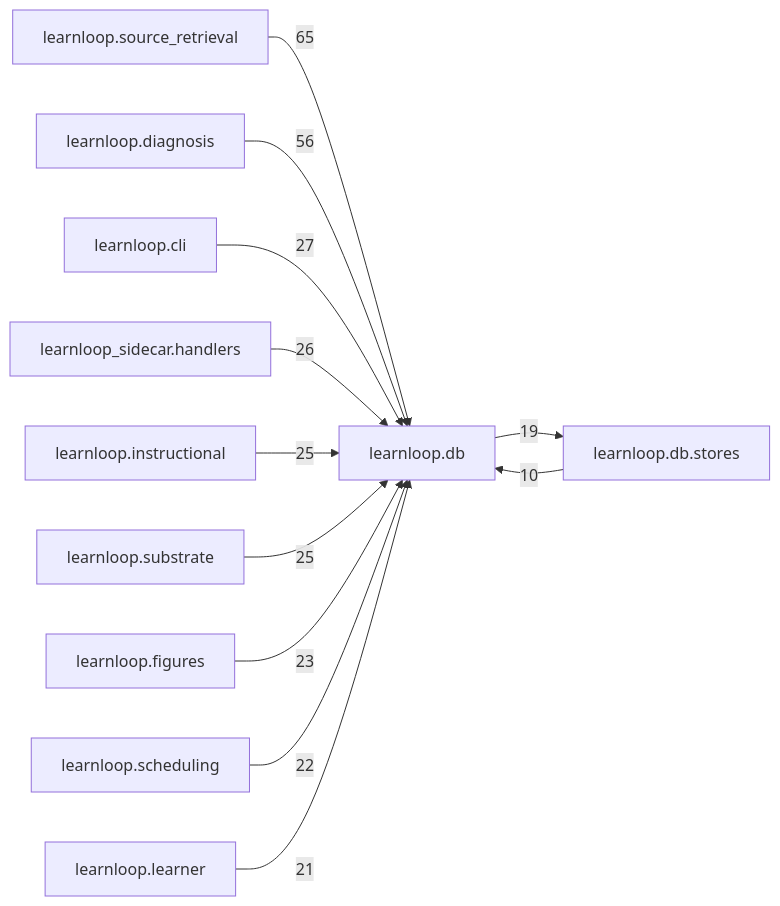
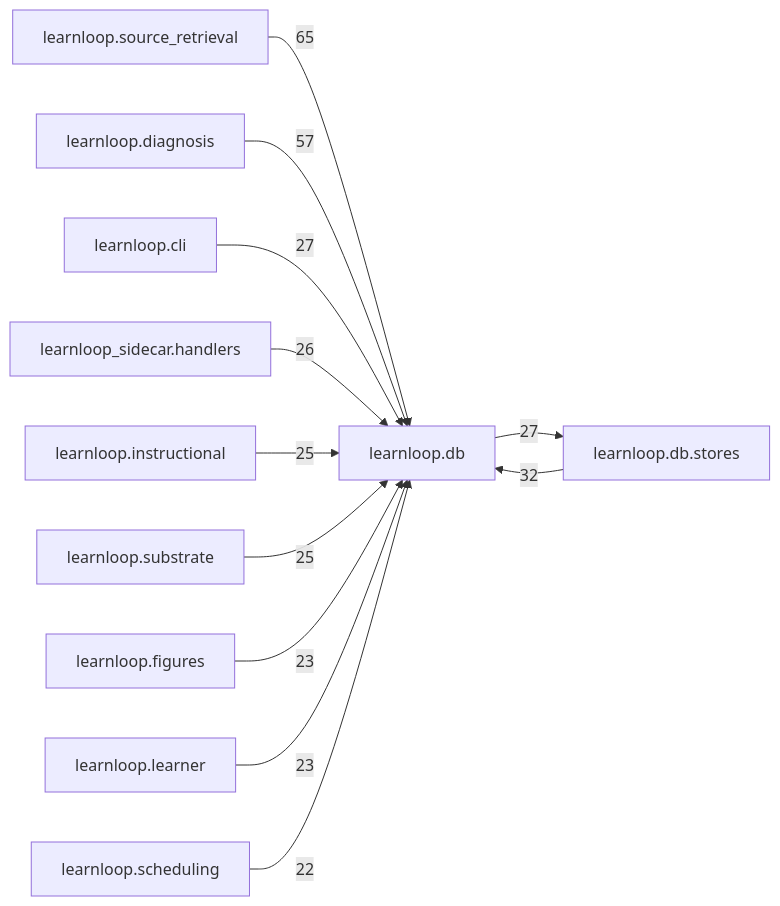
The diagram in docs/learnloop-architecture-vault/Reference/Modules/learnloop/db/_package.md (6up-b/learnanything), drawn with Mermaid before and after one commit. The commit also changed other lines of this file and 258 other files, not shown here.

````diff
--- a/docs/learnloop-architecture-vault/Reference/Modules/learnloop/db/_package.md
+++ b/docs/learnloop-architecture-vault/Reference/Modules/learnloop/db/_package.md
@@ -139,25 +143,25 @@
 ```mermaid
 flowchart LR
     center["learnloop.db"]
     n_learnloop_source_retrieval["learnloop.source_retrieval"]
+    n_learnloop_db_stores["learnloop.db.stores"]
     n_learnloop_diagnosis["learnloop.diagnosis"]
-    n_learnloop_db_stores["learnloop.db.stores"]
     n_learnloop_cli["learnloop.cli"]
     n_learnloop_sidecar_handlers["learnloop_sidecar.handlers"]
     n_learnloop_instructional["learnloop.instructional"]
     n_learnloop_substrate["learnloop.substrate"]
     n_learnloop_figures["learnloop.figures"]
+    n_learnloop_learner["learnloop.learner"]
     n_learnloop_scheduling["learnloop.scheduling"]
-    n_learnloop_learner["learnloop.learner"]
     n_learnloop_source_retrieval -->|65| center
-    n_learnloop_diagnosis -->|56| center
-    n_learnloop_db_stores -->|10| center
-    center -->|19| n_learnloop_db_stores
+    n_learnloop_db_stores -->|32| center
+    center -->|27| n_learnloop_db_stores
+    n_learnloop_diagnosis -->|57| center
     n_learnloop_cli -->|27| center
     n_learnloop_sidecar_handlers -->|26| center
     n_learnloop_instructional -->|25| center
     n_learnloop_substrate -->|25| center
     n_learnloop_figures -->|23| center
+    n_learnloop_learner -->|23| center
     n_learnloop_scheduling -->|22| center
-    n_learnloop_learner -->|21| center
 ```
````
